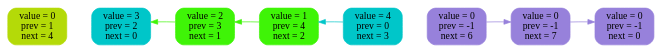
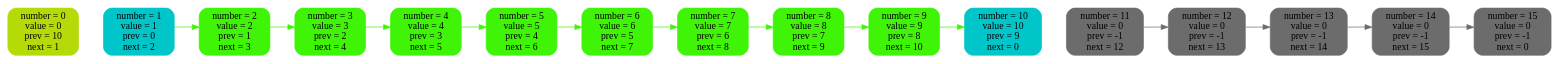
The diagram in list_log/img/11.dot (2210223t-lang/2-linked-list), drawn with Graphviz before and after one commit. The commit also changed 15 other files, not shown here.

```diff
--- a/list_log/img/11.dot
+++ b/list_log/img/11.dot
@@ -1,23 +1,47 @@
 digraph {
 rankdir = LR
-n0 [ label = "value = 0\nprev = 1\nnext = 4", shape = Mrecord, fontsize = 14,style = filled, color = "#b4da08" ]
-n1 [ label = "value = 3\nprev = 2\nnext = 0", shape = Mrecord, fontsize = 14,style = filled, color = "#00c6c9" ]
-n2 [ label = "value = 2\nprev = 3\nnext = 1", shape = Mrecord, fontsize = 14,style = filled, color = "#3ff407" ]
-n3 [ label = "value = 1\nprev = 4\nnext = 2", shape = Mrecord, fontsize = 14,style = filled, color = "#3ff407" ]
-n4 [ label = "value = 4\nprev = 0\nnext = 3", shape = Mrecord, fontsize = 14,style = filled, color = "#00c6c9" ]
-n5 [ label = "value = 0\nprev = -1\nnext = 6", shape = Mrecord, fontsize = 14,style = filled, color = "#9781db" ]
-n6 [ label = "value = 0\nprev = -1\nnext = 7", shape = Mrecord, fontsize = 14,style = filled, color = "#9781db" ]
-n7 [ label = "value = 0\nprev = -1\nnext = 0", shape = Mrecord, fontsize = 14,style = filled, color = "#9781db" ]
-n0 -> n1 [ style = invis, weight = 100 ]
-n1 -> n2 [ style = invis, weight = 100 ]
-n2 -> n3 [ style = invis, weight = 100 ]
-n3 -> n4 [ style = invis, weight = 100 ]
-n4 -> n5 [ style = invis, weight = 100 ]
-n5 -> n6 [ style = invis, weight = 100 ]
-n6 -> n7 [ style = invis, weight = 100 ]
-n2 -> n1 [style = filled, color = "#3ff407" ]
-n3 -> n2 [style = filled, color = "#3ff407" ]
-n4 -> n3 [style = filled, color = "#00c6c9" ]
-n5 -> n6 [style = filled, color = "#9781db" ]
-n6 -> n7 [style = filled, color = "#9781db" ]
+n0 [ label = "number = 0\nvalue = 0\nprev = 10\nnext = 1", shape = Mrecord, fontsize = 14,style = filled, color = "#b4da08" ]
+n1 [ label = "number = 1\nvalue = 1\nprev = 0\nnext = 2", shape = Mrecord, fontsize = 14,style = filled, color = "#00c6c9" ]
+n2 [ label = "number = 2\nvalue = 2\nprev = 1\nnext = 3", shape = Mrecord, fontsize = 14,style = filled, color = "#3ff407" ]
+n3 [ label = "number = 3\nvalue = 3\nprev = 2\nnext = 4", shape = Mrecord, fontsize = 14,style = filled, color = "#3ff407" ]
+n4 [ label = "number = 4\nvalue = 4\nprev = 3\nnext = 5", shape = Mrecord, fontsize = 14,style = filled, color = "#3ff407" ]
+n5 [ label = "number = 5\nvalue = 5\nprev = 4\nnext = 6", shape = Mrecord, fontsize = 14,style = filled, color = "#3ff407" ]
+n6 [ label = "number = 6\nvalue = 6\nprev = 5\nnext = 7", shape = Mrecord, fontsize = 14,style = filled, color = "#3ff407" ]
+n7 [ label = "number = 7\nvalue = 7\nprev = 6\nnext = 8", shape = Mrecord, fontsize = 14,style = filled, color = "#3ff407" ]
+n8 [ label = "number = 8\nvalue = 8\nprev = 7\nnext = 9", shape = Mrecord, fontsize = 14,style = filled, color = "#3ff407" ]
+n9 [ label = "number = 9\nvalue = 9\nprev = 8\nnext = 10", shape = Mrecord, fontsize = 14,style = filled, color = "#3ff407" ]
+n10 [ label = "number = 10\nvalue = 10\nprev = 9\nnext = 0", shape = Mrecord, fontsize = 14,style = filled, color = "#00c6c9" ]
+n11 [ label = "number = 11\nvalue = 0\nprev = -1\nnext = 12", shape = Mrecord, fontsize = 14,style = filled, color = "#6c6c6c" ]
+n12 [ label = "number = 12\nvalue = 0\nprev = -1\nnext = 13", shape = Mrecord, fontsize = 14,style = filled, color = "#6c6c6c" ]
+n13 [ label = "number = 13\nvalue = 0\nprev = -1\nnext = 14", shape = Mrecord, fontsize = 14,style = filled, color = "#6c6c6c" ]
+n14 [ label = "number = 14\nvalue = 0\nprev = -1\nnext = 15", shape = Mrecord, fontsize = 14,style = filled, color = "#6c6c6c" ]
+n15 [ label = "number = 15\nvalue = 0\nprev = -1\nnext = 0", shape = Mrecord, fontsize = 14,style = filled, color = "#6c6c6c" ]
+n0 -> n1 [ style = invis, weight = 10000 ]
+n1 -> n2 [ style = invis, weight = 10000 ]
+n2 -> n3 [ style = invis, weight = 10000 ]
+n3 -> n4 [ style = invis, weight = 10000 ]
+n4 -> n5 [ style = invis, weight = 10000 ]
+n5 -> n6 [ style = invis, weight = 10000 ]
+n6 -> n7 [ style = invis, weight = 10000 ]
+n7 -> n8 [ style = invis, weight = 10000 ]
+n8 -> n9 [ style = invis, weight = 10000 ]
+n9 -> n10 [ style = invis, weight = 10000 ]
+n10 -> n11 [ style = invis, weight = 10000 ]
+n11 -> n12 [ style = invis, weight = 10000 ]
+n12 -> n13 [ style = invis, weight = 10000 ]
+n13 -> n14 [ style = invis, weight = 10000 ]
+n14 -> n15 [ style = invis, weight = 10000 ]
+n1 -> n2 [ color = "#3ff407" ]
+n2 -> n3 [ color = "#3ff407" ]
+n3 -> n4 [ color = "#3ff407" ]
+n4 -> n5 [ color = "#3ff407" ]
+n5 -> n6 [ color = "#3ff407" ]
+n6 -> n7 [ color = "#3ff407" ]
+n7 -> n8 [ color = "#3ff407" ]
+n8 -> n9 [ color = "#3ff407" ]
+n9 -> n10 [ color = "#3ff407" ]
+n11 -> n12 [ color = "#6c6c6c" ]
+n12 -> n13 [ color = "#6c6c6c" ]
+n13 -> n14 [ color = "#6c6c6c" ]
+n14 -> n15 [ color = "#6c6c6c" ]
 }
```
